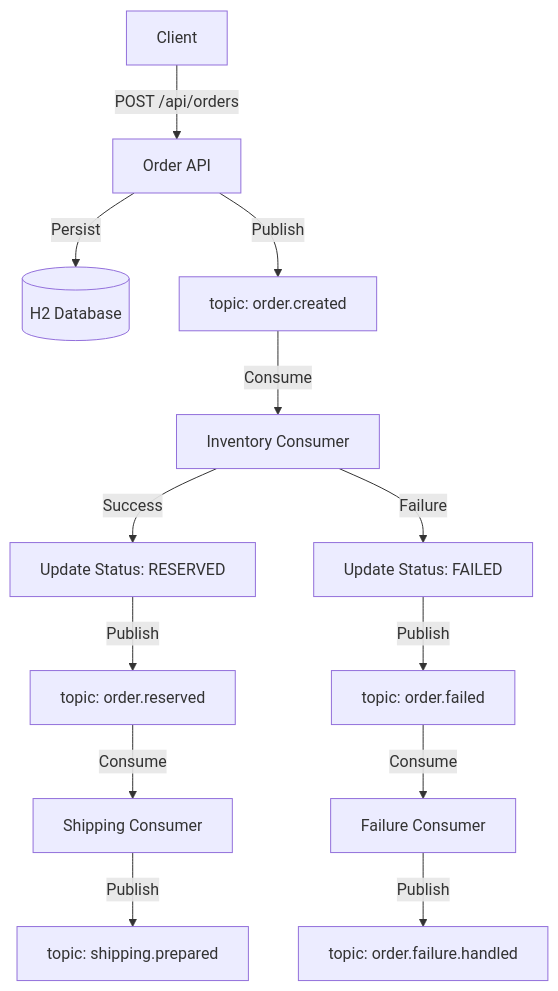
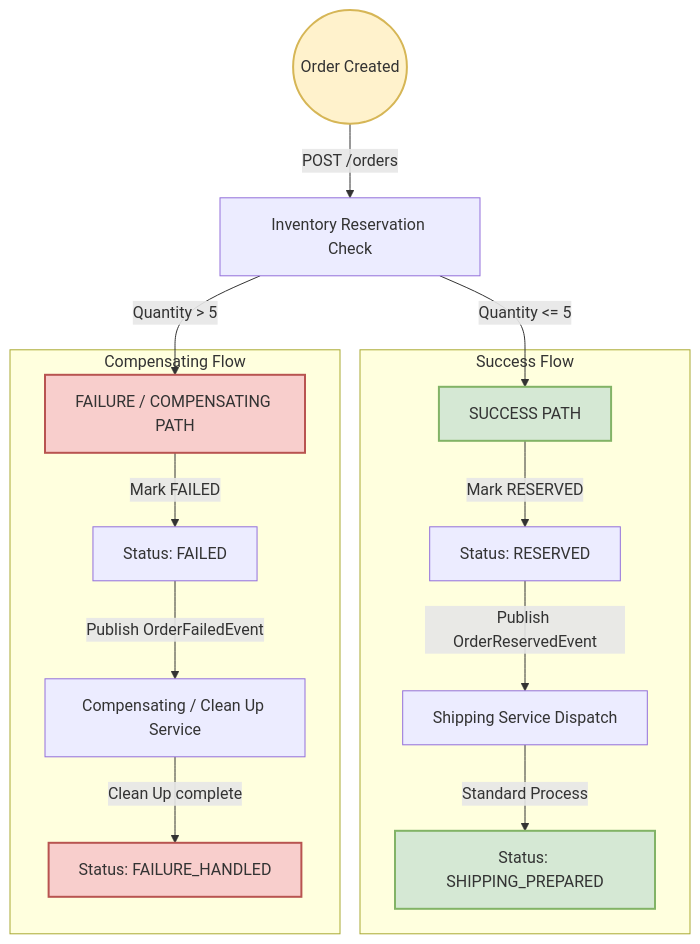
Before and after one commit to danishirfan21/Event-Driven-Order-Processing-System: the second of 3 diagrams in README.md, drawn with Mermaid. The commit also changed other lines of this file and 11 other files, not shown here.

````diff
--- a/README.md
+++ b/README.md
@@ -29,19 +48,23 @@
 ```mermaid
 graph TD
-    Client -->|POST /api/orders| OrderAPI[Order API]
-    OrderAPI -->|Persist| DB[(H2 Database)]
-    OrderAPI -->|Publish| OC[topic: order.created]
+    classDef success fill:#d5e8d4,stroke:#82b366,stroke-width:2px;
+    classDef failure fill:#f8cecc,stroke:#b85450,stroke-width:2px;
+    classDef init fill:#fff2cc,stroke:#d6b656,stroke-width:2px;
 
-    OC -->|Consume| IC[Inventory Consumer]
-    IC -->|Success| SR[Update Status: RESERVED]
-    SR -->|Publish| OR[topic: order.reserved]
+    Start((Order Created)):::init -->|POST /orders| Inventory[Inventory Reservation Check]
+    
+    Inventory -->|Quantity <= 5| SuccessPath[SUCCESS PATH]:::success
+    Inventory -->|Quantity > 5| FailureComp[FAILURE / COMPENSATING PATH]:::failure
 
-    IC -->|Failure| SF[Update Status: FAILED]
-    SF -->|Publish| OF[topic: order.failed]
+    subgraph Success Flow
+        SuccessPath -->|Mark RESERVED| ReservedStatus[Status: RESERVED]
+        ReservedStatus -->|Publish OrderReservedEvent| Shipping[Shipping Service Dispatch]
+        Shipping -->|Standard Process| ShippingDone[Status: SHIPPING_PREPARED]:::success
+    end
 
-    OR -->|Consume| SC[Shipping Consumer]
-    SC -->|Publish| SP[topic: shipping.prepared]
-
-    OF -->|Consume| FC[Failure Consumer]
-    FC -->|Publish| FH[topic: order.failure.handled]
+    subgraph Compensating Flow
+        FailureComp -->|Mark FAILED| FailedStatus[Status: FAILED]
+        FailedStatus -->|Publish OrderFailedEvent| FailureHandler[Compensating / Clean Up Service]
+        FailureHandler -->|Clean Up complete| CompFinished[Status: FAILURE_HANDLED]:::failure
+    end
 ```
````
